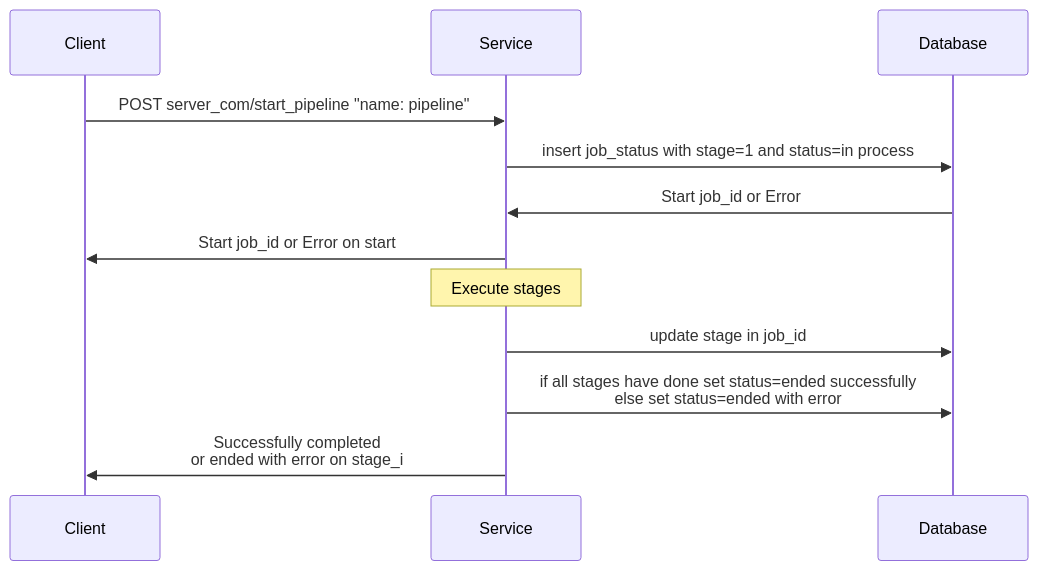
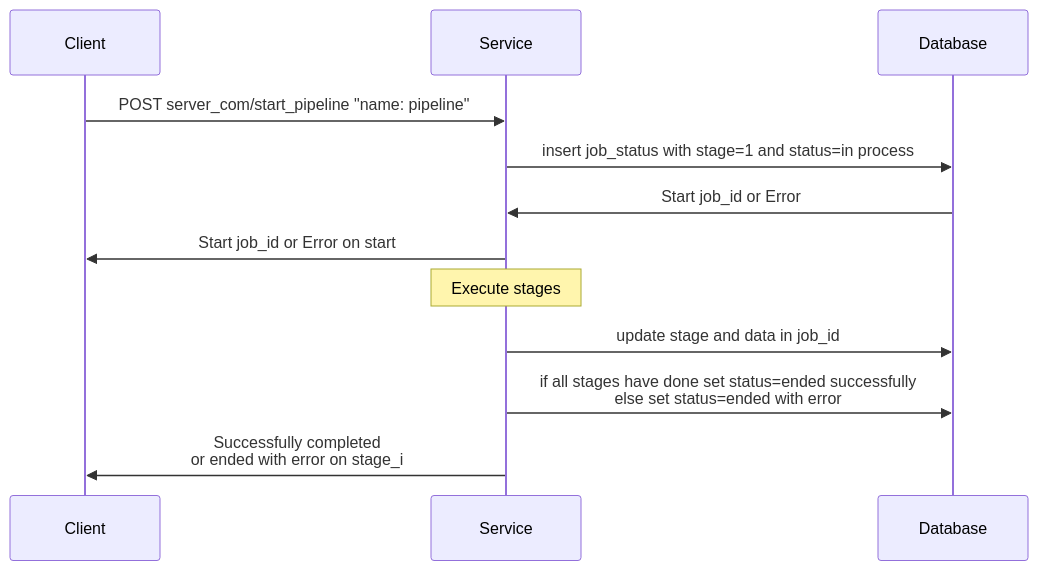
The second of 4 diagrams in pipeline.md (Jwostik/FastAPI), drawn with Mermaid before and after one commit. The commit also changed other lines of this file, not shown here.

````diff
--- a/pipeline.md
+++ b/pipeline.md
@@ -68,14 +68,14 @@
 ```mermaid
 sequenceDiagram
     participant C as Client
     participant S as Service
     participant D as Database
     C->>S: POST server_com/start_pipeline "name: pipeline"
     S->>D: insert job_status with stage=1 and status=in process
     D->>S: Start job_id or Error
     S->>C: Start job_id or Error on start
     Note over S: Execute stages
-    S->>D: update stage in job_id
+    S->>D: update stage and data in job_id
     S->>D: if all stages have done set status=ended successfully<br/>else set status=ended with error
     S->>C: Successfully completed<br/> or ended with error on stage_i
 ```
````
